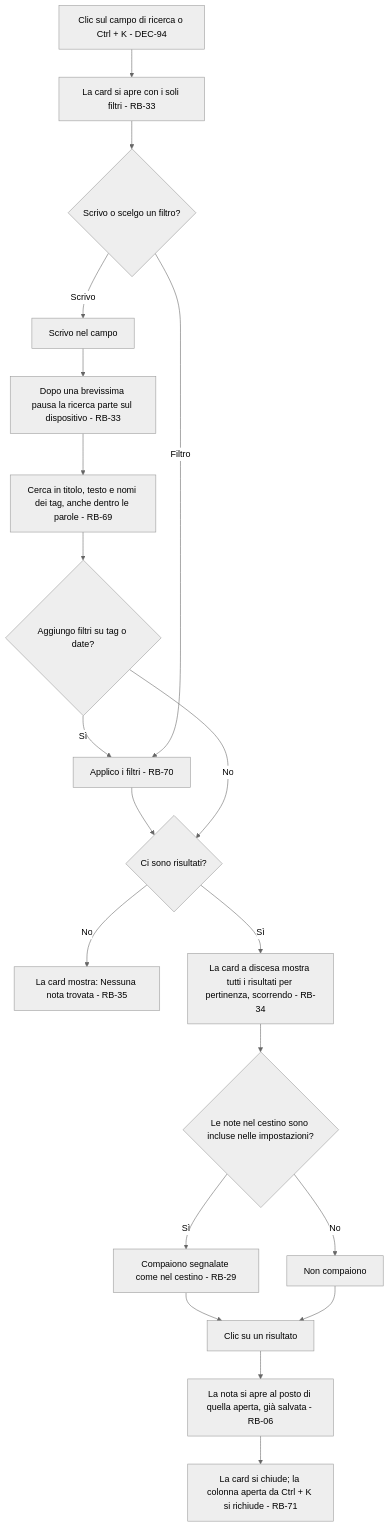
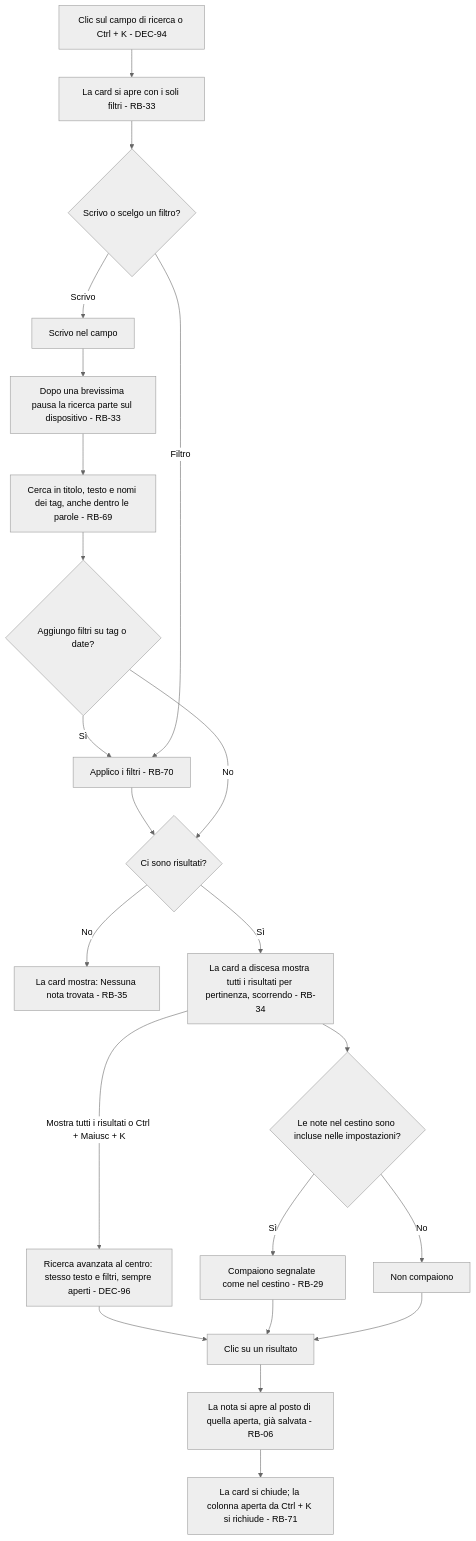
Before and after one commit to Helmutsti/MemoDu: the second of 3 diagrams in docs/moduli/organizzazione/2-flussi.md, drawn with Mermaid (neutral theme). The commit also changed other lines of this file and 40 other files, not shown here.

````diff
--- a/docs/moduli/organizzazione/2-flussi.md
+++ b/docs/moduli/organizzazione/2-flussi.md
@@ -60,22 +60,24 @@
 ```mermaid
 flowchart TD
     Z[Clic sul campo di ricerca o Ctrl + K - DEC-94] --> Y[La card si apre con i soli filtri - RB-33]
     Y --> X{Scrivo o scelgo un filtro?}
     X -- Scrivo --> A[Scrivo nel campo]
     A --> B[Dopo una brevissima pausa la ricerca parte sul dispositivo - RB-33]
     B --> C[Cerca in titolo, testo e nomi dei tag, anche dentro le parole - RB-69]
     C --> D{Aggiungo filtri su tag o date?}
     D -- Sì --> E[Applico i filtri - RB-70]
     E --> F
     D -- No --> F{Ci sono risultati?}
     X -- Filtro --> E
     F -- No --> G[La card mostra: Nessuna nota trovata - RB-35]
     F -- Sì --> H[La card a discesa mostra tutti i risultati per pertinenza, scorrendo - RB-34]
     H --> I{Le note nel cestino sono incluse nelle impostazioni?}
+    H -- Mostra tutti i risultati o Ctrl + Maiusc + K --> R[Ricerca avanzata al centro: stesso testo e filtri, sempre aperti - DEC-96]
+    R --> L
     I -- Sì --> J[Compaiono segnalate come nel cestino - RB-29]
     I -- No --> K[Non compaiono]
     J --> L[Clic su un risultato]
     K --> L
     L --> M[La nota si apre al posto di quella aperta, già salvata - RB-06]
     M --> N[La card si chiude; la colonna aperta da Ctrl + K si richiude - RB-71]
 ```
````
